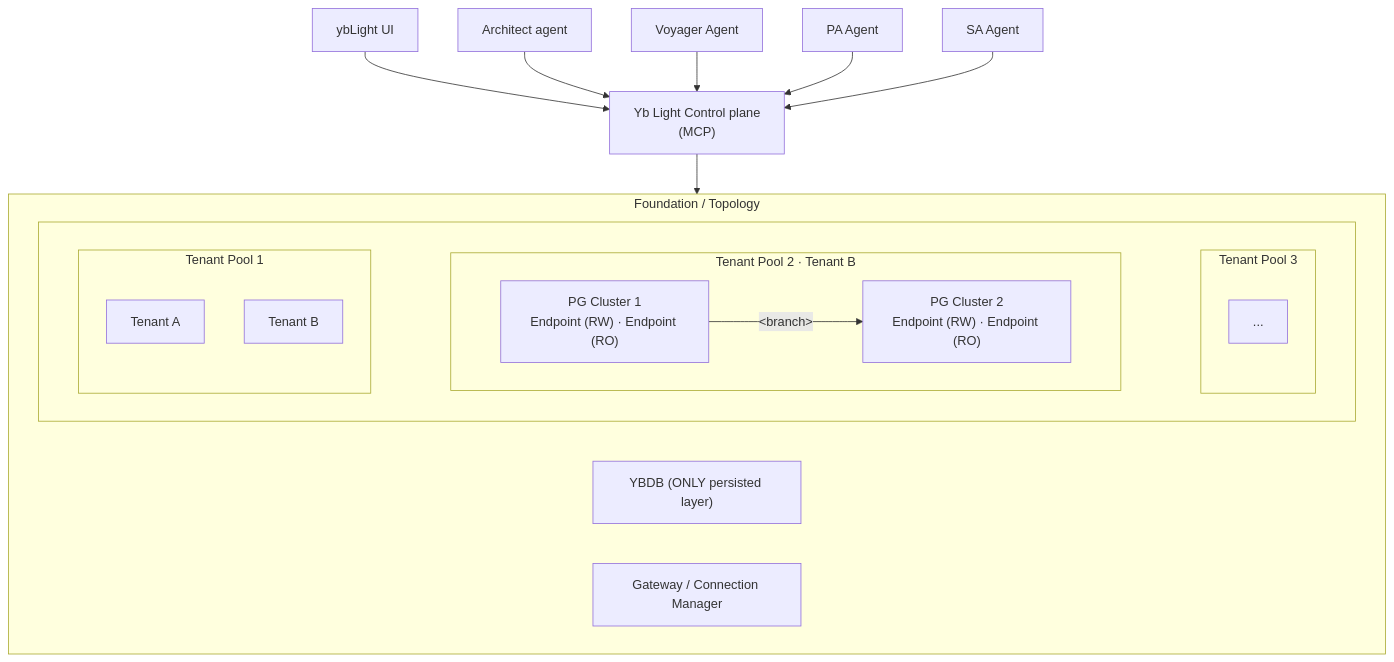
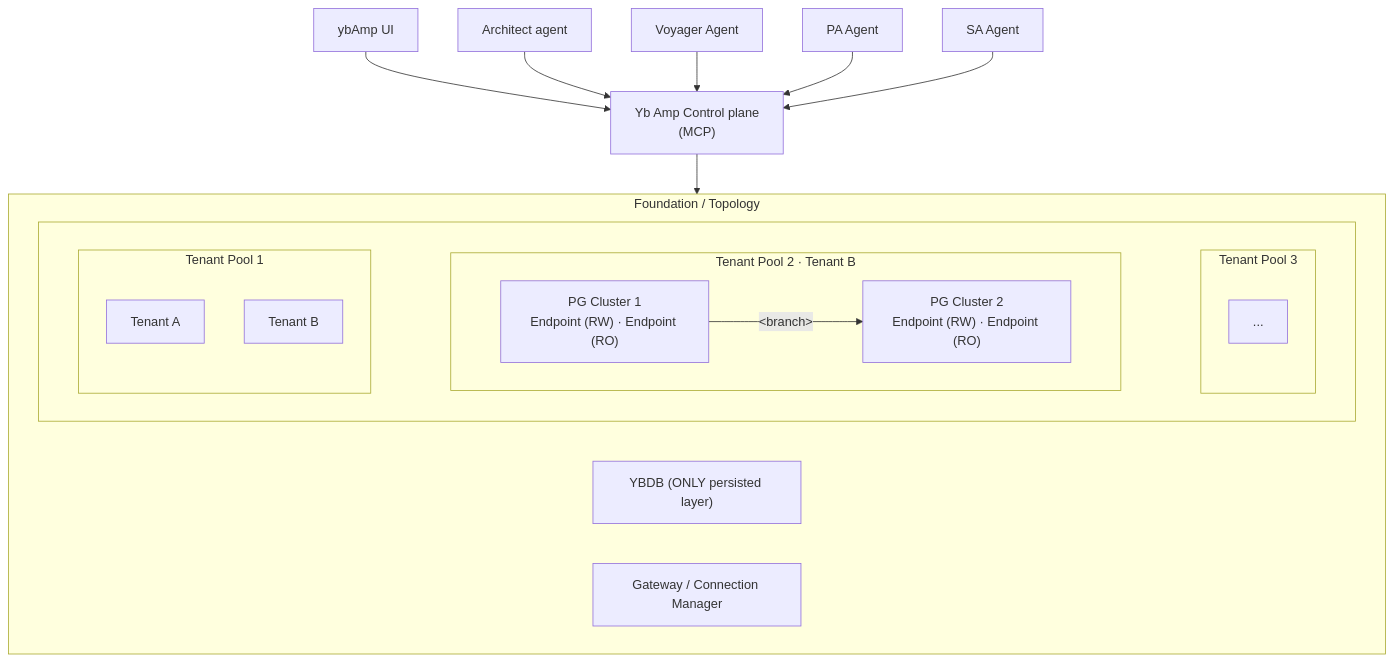
The second of 3 diagrams in README.md (yugabyte/meko), drawn with Mermaid before and after one commit. The commit also changed other lines of this file and 397 other files, not shown here.

First line of the commit message:
rebrand: rename yb-light -> yb-amp across the tree (all casings) (#288)

````diff
--- a/README.md
+++ b/README.md
@@ -130,38 +130,38 @@
 ```mermaid
 flowchart TB
     subgraph found["Foundation / Topology"]
         subgraph pools[" "]
             direction LR
             subgraph tp1["Tenant Pool 1"]
                 tA["Tenant A"]
                 tB1["Tenant B"]
             end
             subgraph tp2["Tenant Pool 2 · Tenant B"]
                 direction LR
                 pgc1["PG Cluster 1<br/>Endpoint (RW) · Endpoint (RO)"]
                 pgc2["PG Cluster 2<br/>Endpoint (RW) · Endpoint (RO)"]
                 pgc1 -- "&lt;branch&gt;" --> pgc2
             end
             subgraph tp3["Tenant Pool 3"]
                 tdots["..."]
             end
             tp1 ~~~ tp2 ~~~ tp3
         end
         ybdb["YBDB (ONLY persisted layer)"]
         gwcm["Gateway / Connection Manager"]
     end
 
-    cp["Yb Light Control plane<br/>(MCP)"]
-    ui["ybLight UI"]
+    cp["Yb Amp Control plane<br/>(MCP)"]
+    ui["ybAmp UI"]
     arch["Architect agent"]
     voy["Voyager Agent"]
     pa["PA Agent"]
     sa["SA Agent"]
 
     ui --> cp
     arch --> cp
     voy --> cp
     pa --> cp
     sa --> cp
     cp --> found
 ```
````
